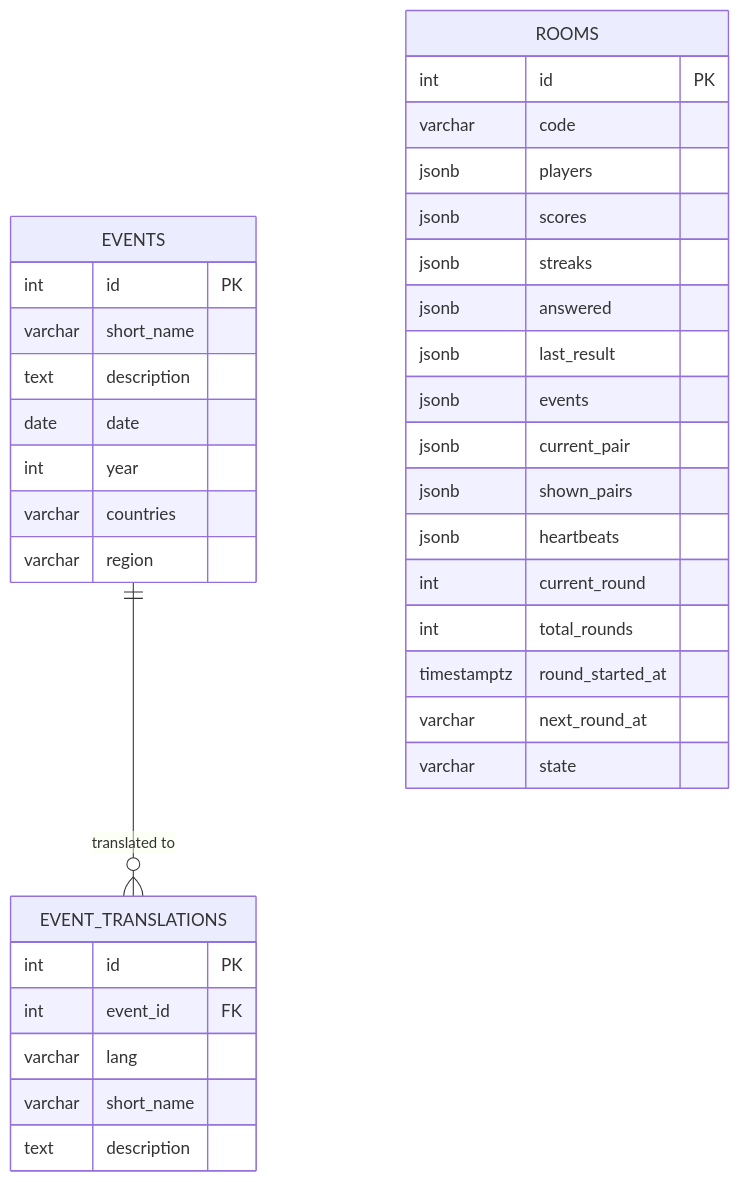
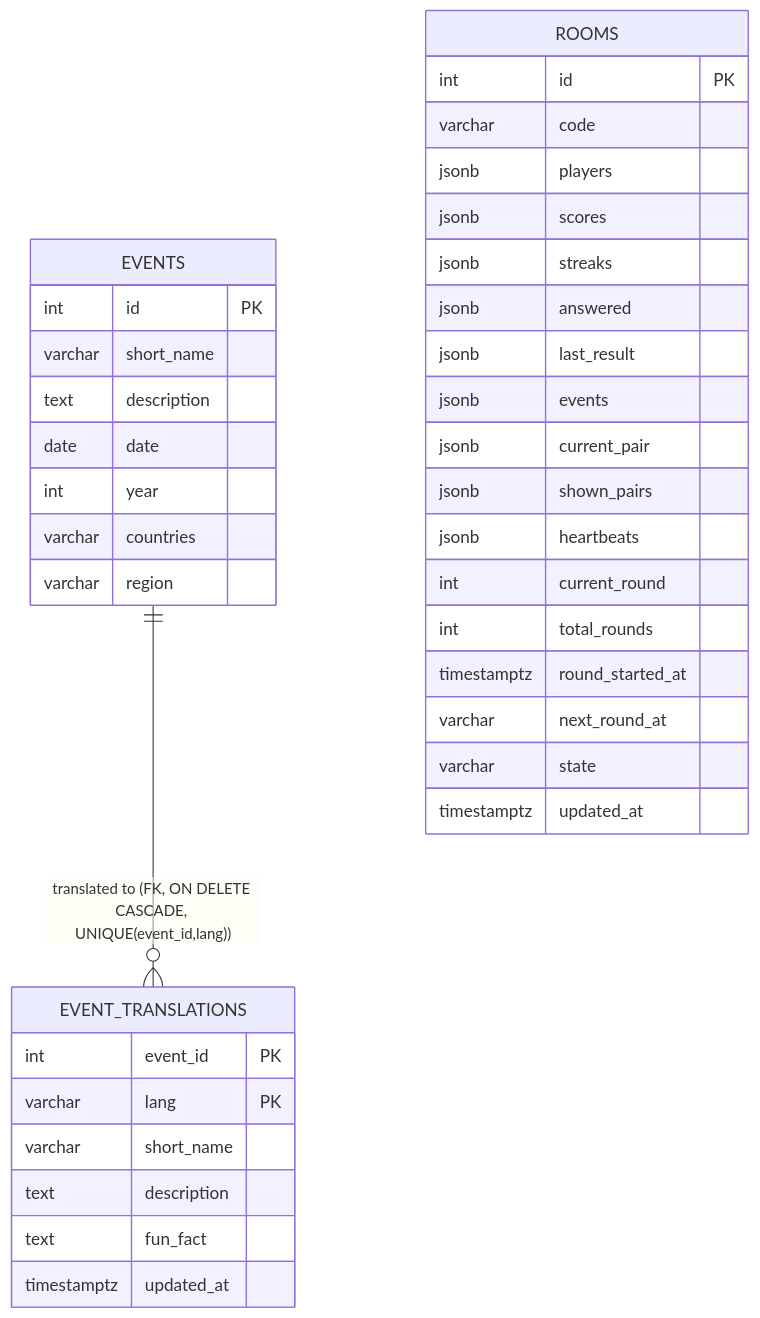
Before and after one commit to prokopHouda/history_game: the third of 7 diagrams in docs/architecture.md, drawn with Mermaid. The commit also changed 5 other files, not shown here.

````diff
--- a/docs/architecture.md
+++ b/docs/architecture.md
@@ -128,41 +128,43 @@
 ```mermaid
 erDiagram
     EVENTS {
         int id PK
         varchar short_name
         text description
         date date
         int year
         varchar countries
         varchar region
     }
 
     EVENT_TRANSLATIONS {
-        int id PK
-        int event_id FK
-        varchar lang
+        int event_id PK
+        varchar lang PK
         varchar short_name
         text description
+        text fun_fact
+        timestamptz updated_at
     }
 
     ROOMS {
         int id PK
         varchar code
         jsonb players
         jsonb scores
         jsonb streaks
         jsonb answered
         jsonb last_result
         jsonb events
         jsonb current_pair
         jsonb shown_pairs
         jsonb heartbeats
         int current_round
         int total_rounds
         timestamptz round_started_at
         varchar next_round_at
         varchar state
+        timestamptz updated_at
     }
 
-    EVENTS ||--o{ EVENT_TRANSLATIONS : "translated to"
+    EVENTS ||--o{ EVENT_TRANSLATIONS : "translated to (FK, ON DELETE CASCADE, UNIQUE(event_id,lang))"
 ```
````
